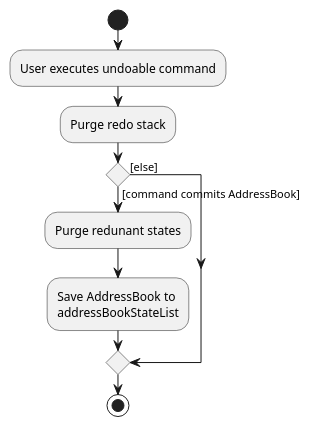
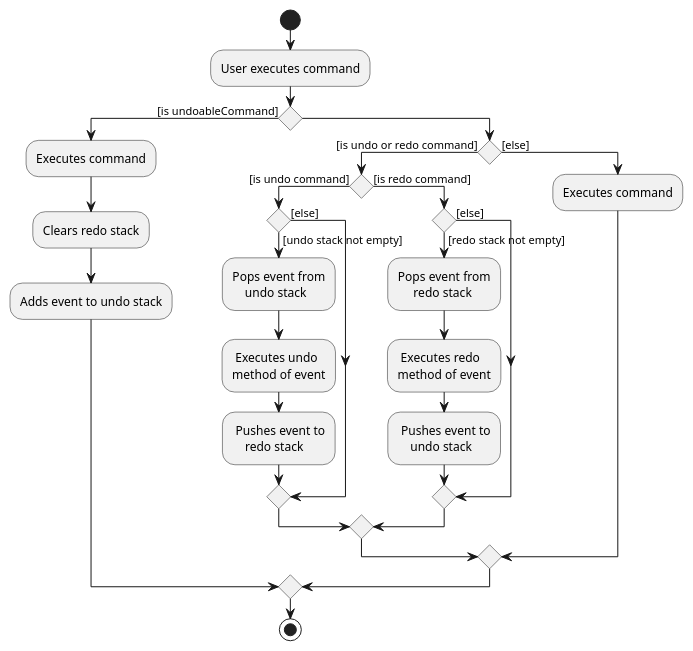
One commit to garylyp/main changed the diagram in docs/diagrams/CommitActivityDiagram.puml. Above: the diagram before and after it, drawn with PlantUML. The commit also changed 10 other files, not shown here.

```diff
--- a/docs/diagrams/CommitActivityDiagram.puml
+++ b/docs/diagrams/CommitActivityDiagram.puml
@@ -1,17 +1,36 @@
 @startuml
 start
-:User executes undoable command;
-
-'Since the beta syntax does not support placing the condition outside the
-'diamond we place it as the true branch instead.
-
-:Purge redo stack;
-
-if () then ([command commits AddressBook])
-    :Purge redunant states;
-    :Save AddressBook to
-    addressBookStateList;
-else ([else])
+:User executes command;
+if () then ([is undoableCommand])
+    :Executes command;
+    :Clears redo stack;
+    :Adds event to undo stack;
+else
+    if () then ([is undo or redo command])
+        if () then ([is undo command])
+            if () then ([undo stack not empty])
+                :Pops event from
+                    undo stack;
+                : Executes undo
+                method of event;
+                : Pushes event to
+                    redo stack;
+            else([else])
+            endif
+        else([is redo command])
+            if () then ([redo stack not empty])
+            :Pops event from
+                 redo stack;
+            : Executes redo
+            method of event;
+            : Pushes event to
+                undo stack;
+            else([else])
+            endif
+         endif
+     else([else])
+        :Executes command;
+    endif
 endif
 stop
 @enduml
```
